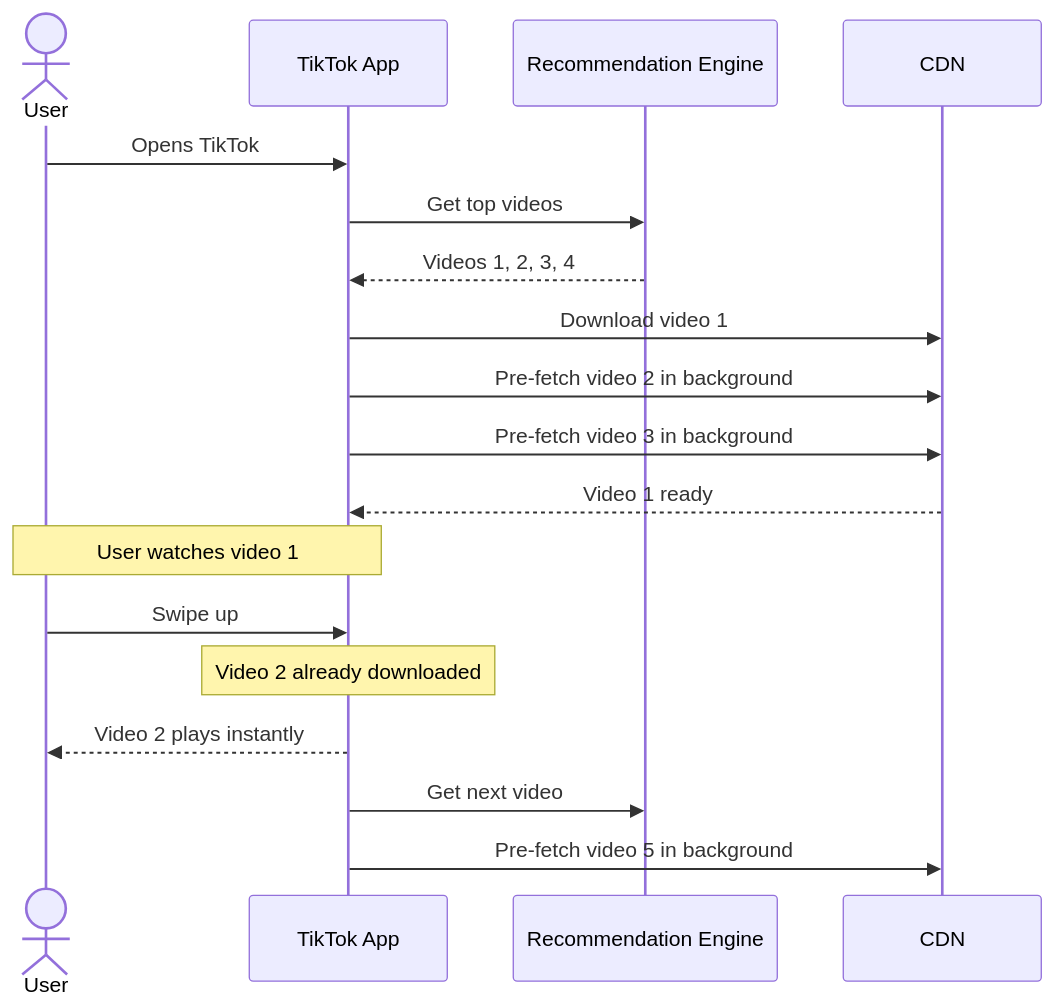
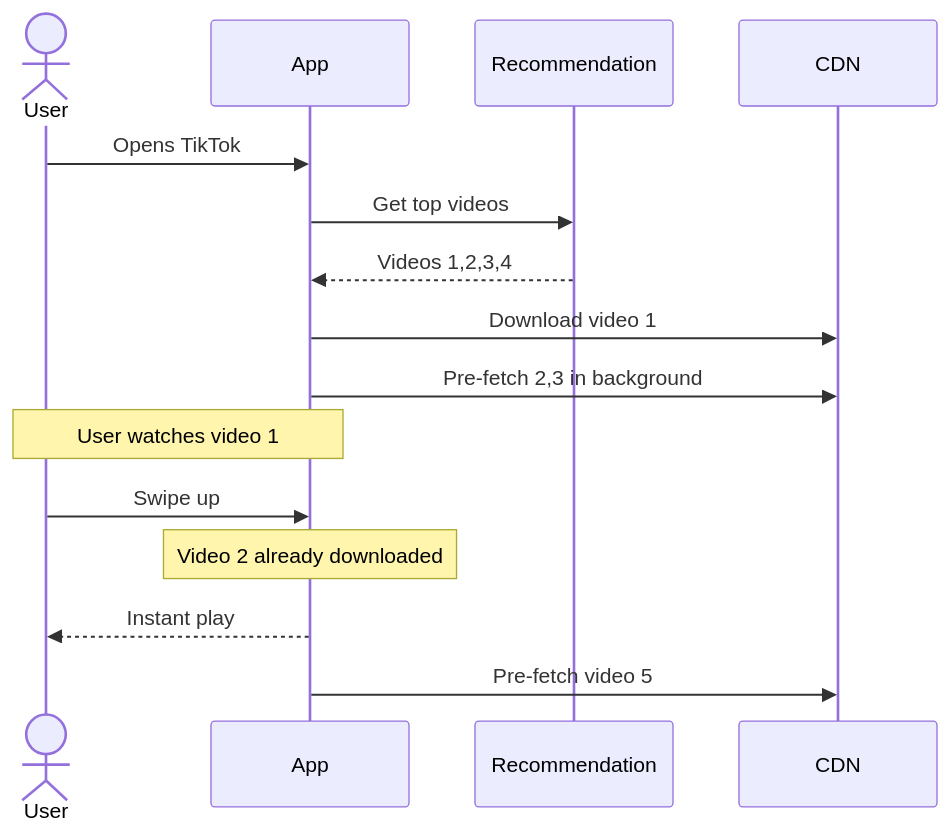
The third of 4 diagrams in docs/case-studies/tiktok.md (Nityaa2396/system-design-bootcamp), drawn with Mermaid before and after one commit. The commit also changed other lines of this file, not shown here.

````diff
--- a/docs/case-studies/tiktok.md
+++ b/docs/case-studies/tiktok.md
@@ -278,25 +196,22 @@
 ```mermaid
 sequenceDiagram
     actor User
-    participant App as TikTok App
-    participant Rec as Recommendation Engine
+    participant App
+    participant Rec as Recommendation
     participant CDN
 
     User->>App: Opens TikTok
     App->>Rec: Get top videos
-    Rec-->>App: Videos 1, 2, 3, 4
+    Rec-->>App: Videos 1,2,3,4
 
     App->>CDN: Download video 1
-    App->>CDN: Pre-fetch video 2 in background
-    App->>CDN: Pre-fetch video 3 in background
+    App->>CDN: Pre-fetch 2,3 in background
 
-    CDN-->>App: Video 1 ready
     Note over User,App: User watches video 1
 
     User->>App: Swipe up
     Note over App: Video 2 already downloaded
-    App-->>User: Video 2 plays instantly
+    App-->>User: Instant play
 
-    App->>Rec: Get next video
-    App->>CDN: Pre-fetch video 5 in background
+    App->>CDN: Pre-fetch video 5
 ```
````
